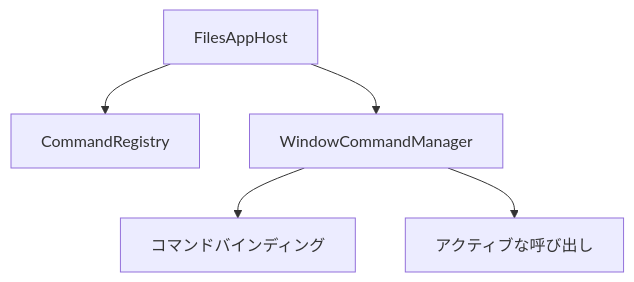
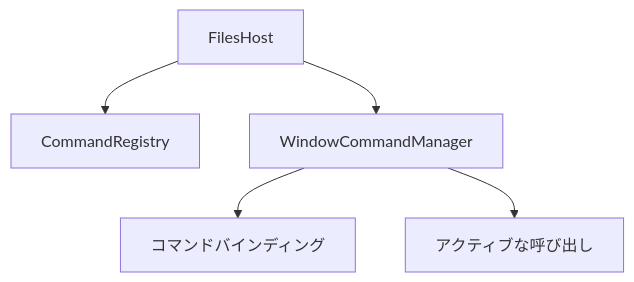
The third of 3 diagrams in docs/architecture/commands.md (0x5bfa/Files), drawn with Mermaid before and after one commit. The commit also changed other lines of this file and 21 other files, not shown here.

````diff
--- a/docs/architecture/commands.md
+++ b/docs/architecture/commands.md
@@ -362,13 +362,13 @@
 ```mermaid
 flowchart TB
-    Host["FilesAppHost"]
+    Host["FilesHost"]
     Registry["CommandRegistry"]
     Window["WindowCommandManager"]
     Bindings["コマンドバインディング"]
     Invocations["アクティブな呼び出し"]
 
     Host --> Registry
     Host --> Window
     Window --> Bindings
     Window --> Invocations
 ```
````
